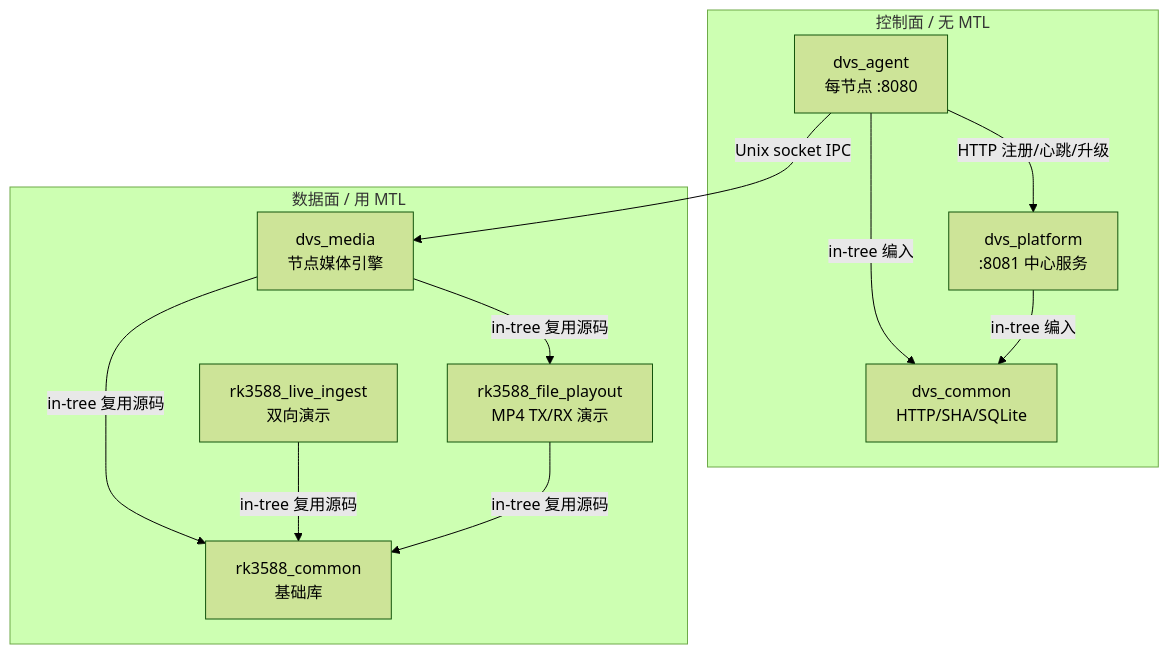
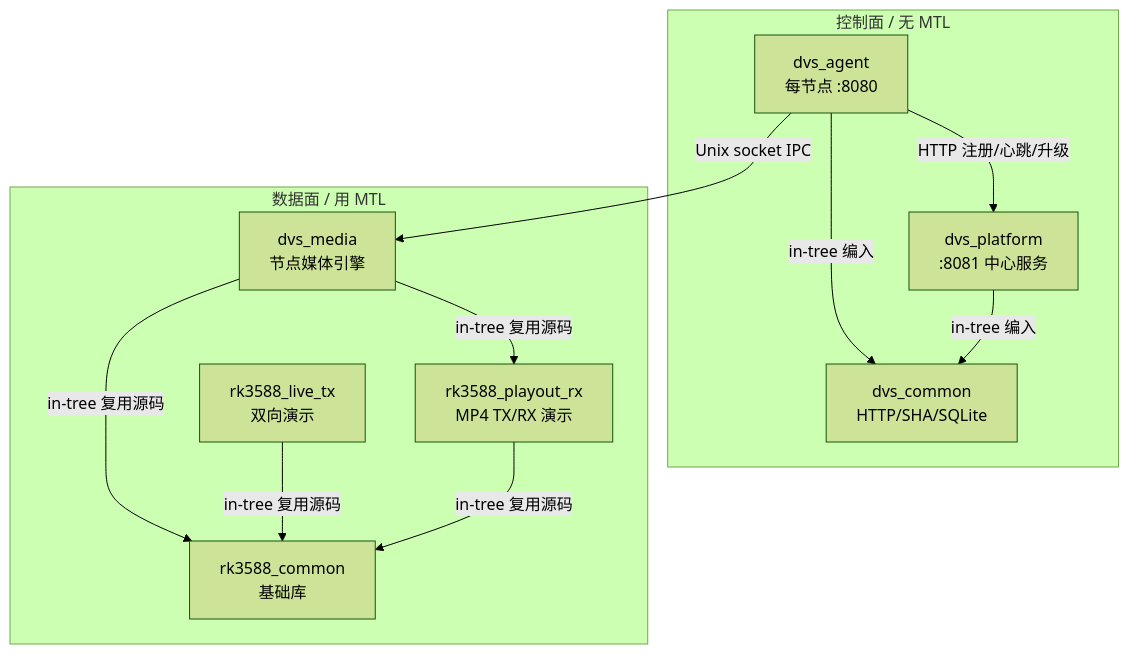
The diagram in docs/app/app_rk3588_dvs_relationship.md (kkkqkx123/Media-Transport-Library), drawn with Mermaid (forest theme) before and after one commit. The commit also changed other lines of this file and 132 other files, not shown here.

````diff
--- a/docs/app/app_rk3588_dvs_relationship.md
+++ b/docs/app/app_rk3588_dvs_relationship.md
@@ -41,24 +41,24 @@
 ```mermaid
 graph TD
     subgraph 控制面[控制面 / 无 MTL]
         PL[dvs_platform<br/>:8081 中心服务]
         AG[dvs_agent<br/>每节点 :8080]
         CM[dvs_common<br/>HTTP/SHA/SQLite]
         AG -->|in-tree 编入| CM
         PL -->|in-tree 编入| CM
     end
 
     subgraph 数据面[数据面 / 用 MTL]
         DM[dvs_media<br/>节点媒体引擎]
         RK[rk3588_common<br/>基础库]
-        LI[rk3588_live_ingest<br/>双向演示]
-        FP[rk3588_file_playout<br/>MP4 TX/RX 演示]
+        LI[rk3588_live_tx<br/>双向演示]
+        FP[rk3588_playout_rx<br/>MP4 TX/RX 演示]
         DM -->|in-tree 复用源码| RK
         DM -->|in-tree 复用源码| FP
         LI -->|in-tree 复用源码| RK
         FP -->|in-tree 复用源码| RK
     end
 
     AG -->|Unix socket IPC| DM
     AG -->|HTTP 注册/心跳/升级| PL
 ```
````
